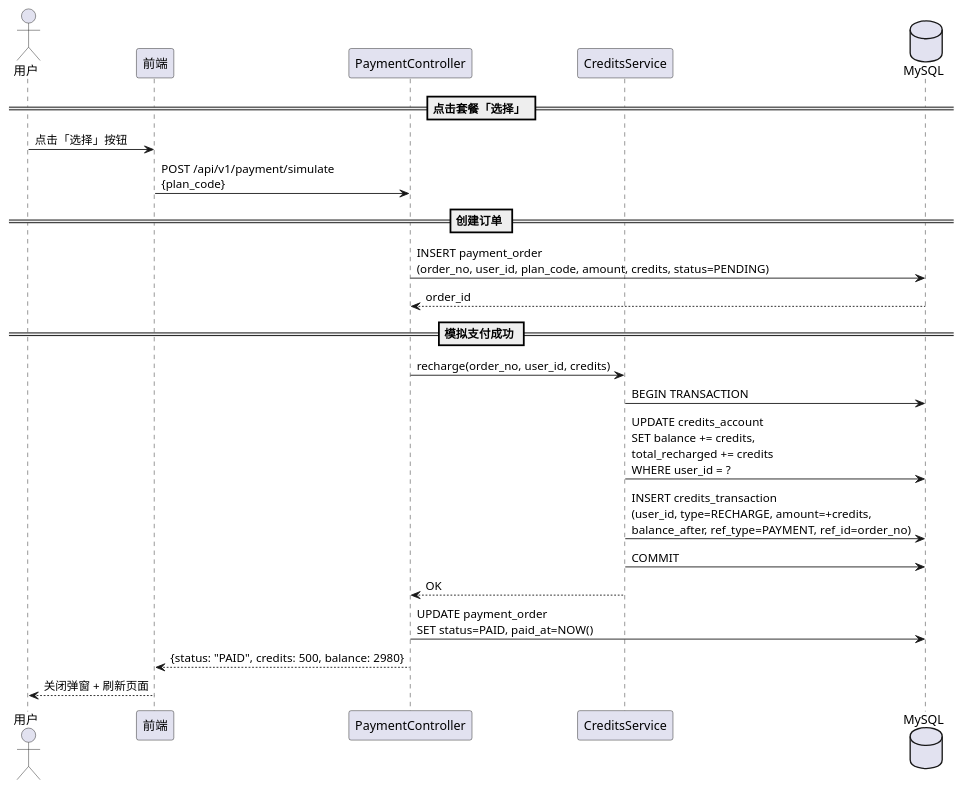
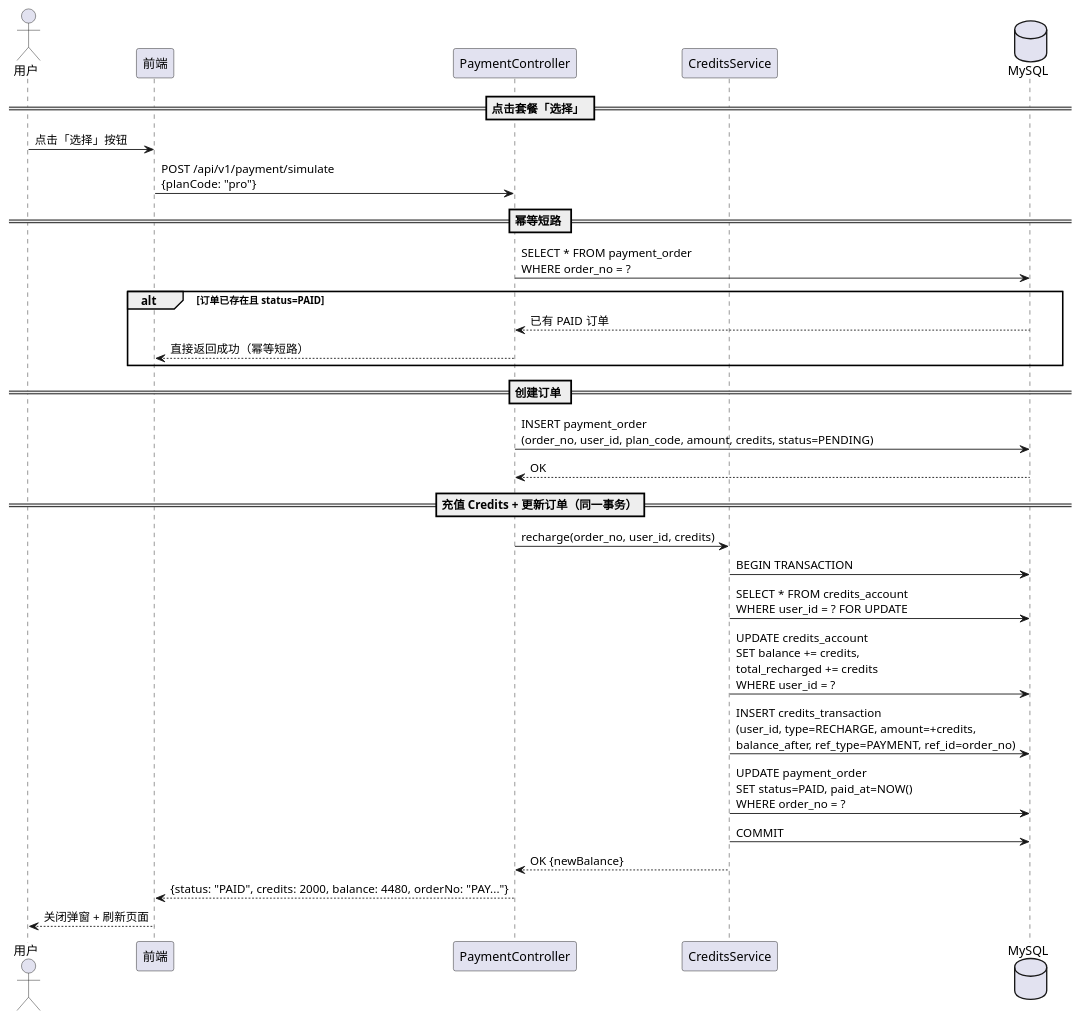
One commit to liluqing/farvis-harness changed the first of 6 diagrams in Docs/iterations/2026-06-19_积分体系_v1.0/tech-design.md. Above: the diagram before and after it, drawn with PlantUML. The commit also changed other lines of this file and 1 other file, not shown here.

````diff
--- a/Docs/iterations/2026-06-19_积分体系_v1.0/tech-design.md
+++ b/Docs/iterations/2026-06-19_积分体系_v1.0/tech-design.md
@@ -156,31 +195,39 @@
 ```plantuml
 @startuml
 actor 用户
 participant "前端" as FE
 participant "PaymentController" as Pay
 participant "CreditsService" as Credit
 database "MySQL" as DB
 
 == 点击套餐「选择」 ==
 用户 -> FE: 点击「选择」按钮
-FE -> Pay: POST /api/v1/payment/simulate\n{plan_code}
+FE -> Pay: POST /api/v1/payment/simulate\n{planCode: "pro"}
+
+== 幂等短路 ==
+Pay -> DB: SELECT * FROM payment_order\nWHERE order_no = ?
+alt 订单已存在且 status=PAID
+    DB --> Pay: 已有 PAID 订单
+    Pay --> FE: 直接返回成功（幂等短路）
+end
 
 == 创建订单 ==
 Pay -> DB: INSERT payment_order\n(order_no, user_id, plan_code, amount, credits, status=PENDING)
-DB --> Pay: order_id
+DB --> Pay: OK
 
-== 模拟支付成功 ==
+== 充值 Credits + 更新订单（同一事务）==
 Pay -> Credit: recharge(order_no, user_id, credits)
 
 Credit -> DB: BEGIN TRANSACTION
+Credit -> DB: SELECT * FROM credits_account\nWHERE user_id = ? FOR UPDATE
 Credit -> DB: UPDATE credits_account\nSET balance += credits,\ntotal_recharged += credits\nWHERE user_id = ?
 Credit -> DB: INSERT credits_transaction\n(user_id, type=RECHARGE, amount=+credits,\nbalance_after, ref_type=PAYMENT, ref_id=order_no)
+Credit -> DB: UPDATE payment_order\nSET status=PAID, paid_at=NOW()\nWHERE order_no = ?
 Credit -> DB: COMMIT
 
-Credit --> Pay: OK
-Pay -> DB: UPDATE payment_order\nSET status=PAID, paid_at=NOW()
-Pay --> FE: {status: "PAID", credits: 500, balance: 2980}
+Credit --> Pay: OK {newBalance}
+Pay --> FE: {status: "PAID", credits: 2000, balance: 4480, orderNo: "PAY..."}
 FE --> 用户: 关闭弹窗 + 刷新页面
 
 @enduml
 ```
````
